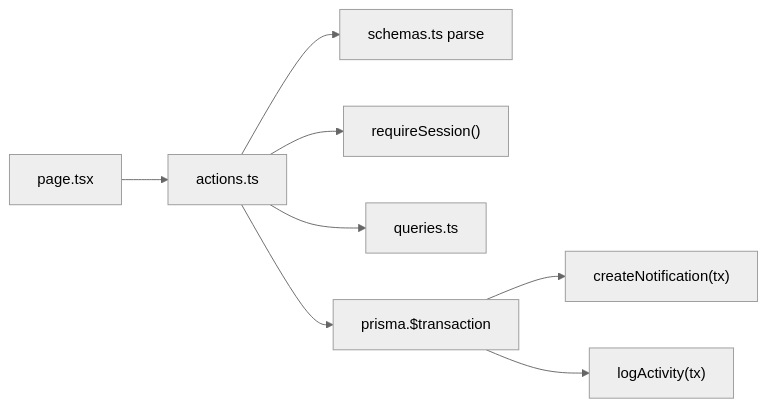
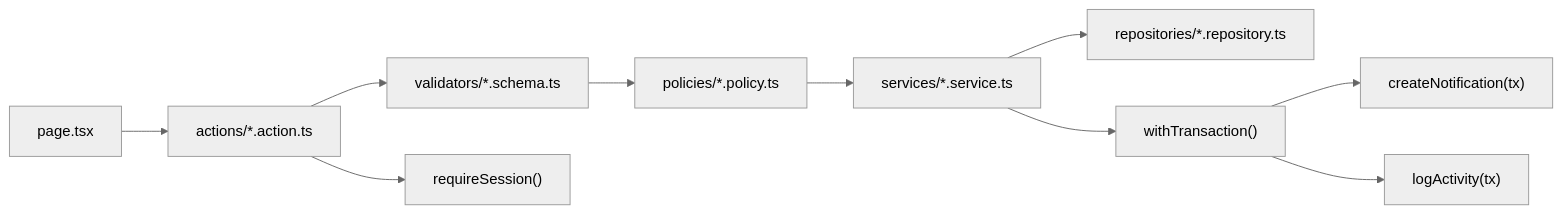
The first of 8 diagrams in docs/lld.md (Shivayaagrawal/assetflow), drawn with Mermaid (neutral theme) before and after one commit. The commit also changed other lines of this file and 9 other files, not shown here.

First line of the commit message:
docs(shared): align HLD/LLD with frozen modules architecture

````diff
--- a/docs/lld.md
+++ b/docs/lld.md
@@ -66,10 +75,12 @@
 ```mermaid
 flowchart LR
-  Page["page.tsx"] --> Action["actions.ts"]
-  Action --> Schema["schemas.ts parse"]
+  Page["page.tsx"] --> Action["actions/*.action.ts"]
+  Action --> Validator["validators/*.schema.ts"]
   Action --> Session["requireSession()"]
-  Action --> Query["queries.ts"]
-  Action --> Tx["prisma.$transaction"]
+  Validator --> Policy["policies/*.policy.ts"]
+  Policy --> Service["services/*.service.ts"]
+  Service --> Repo["repositories/*.repository.ts"]
+  Service --> Tx["withTransaction()"]
   Tx --> Notif["createNotification(tx)"]
   Tx --> Log["logActivity(tx)"]
 ```
````
